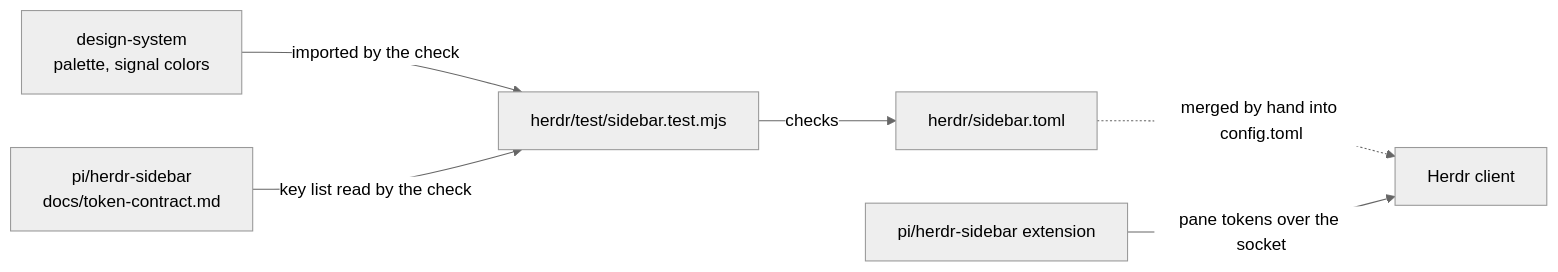
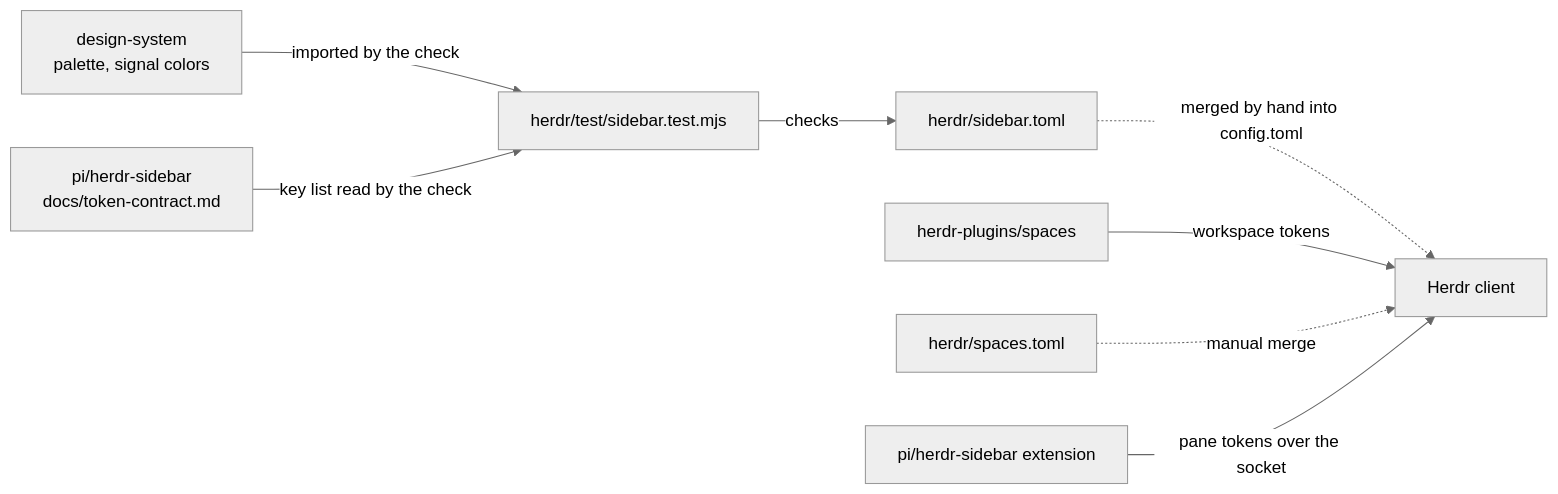
One commit to jigenator/industrial-os changed the diagram in herdr/docs/architecture.md. Above: the diagram before and after it, drawn with Mermaid (neutral theme). The commit also changed other lines of this file and 8 other files, not shown here.

Commit message:
feat(herdr): add Spaces sidebar configuration and checks

````diff
--- a/herdr/docs/architecture.md
+++ b/herdr/docs/architecture.md
@@ -13,8 +16,10 @@
 ```mermaid
 flowchart LR
     DS["design-system<br/>palette, signal colors"] -->|imported by the check| Test["herdr/test/sidebar.test.mjs"]
     Contract["pi/herdr-sidebar<br/>docs/token-contract.md"] -->|key list read by the check| Test
     Test -->|checks| Fragment["herdr/sidebar.toml"]
     Fragment -.->|merged by hand into config.toml| Herdr["Herdr client"]
+    Spaces["herdr-plugins/spaces"] -->|workspace tokens| Herdr
+    SpacesFragment["herdr/spaces.toml"] -.->|manual merge| Herdr
     Ext["pi/herdr-sidebar extension"] -->|pane tokens over the socket| Herdr
 ```
````
